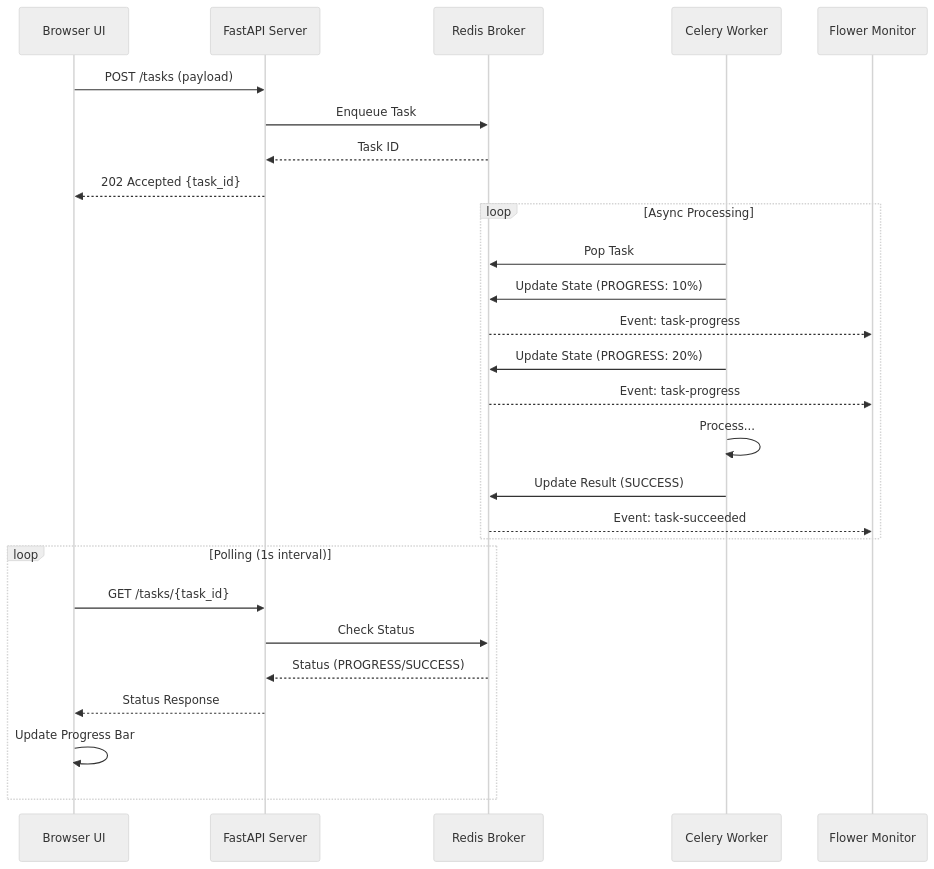
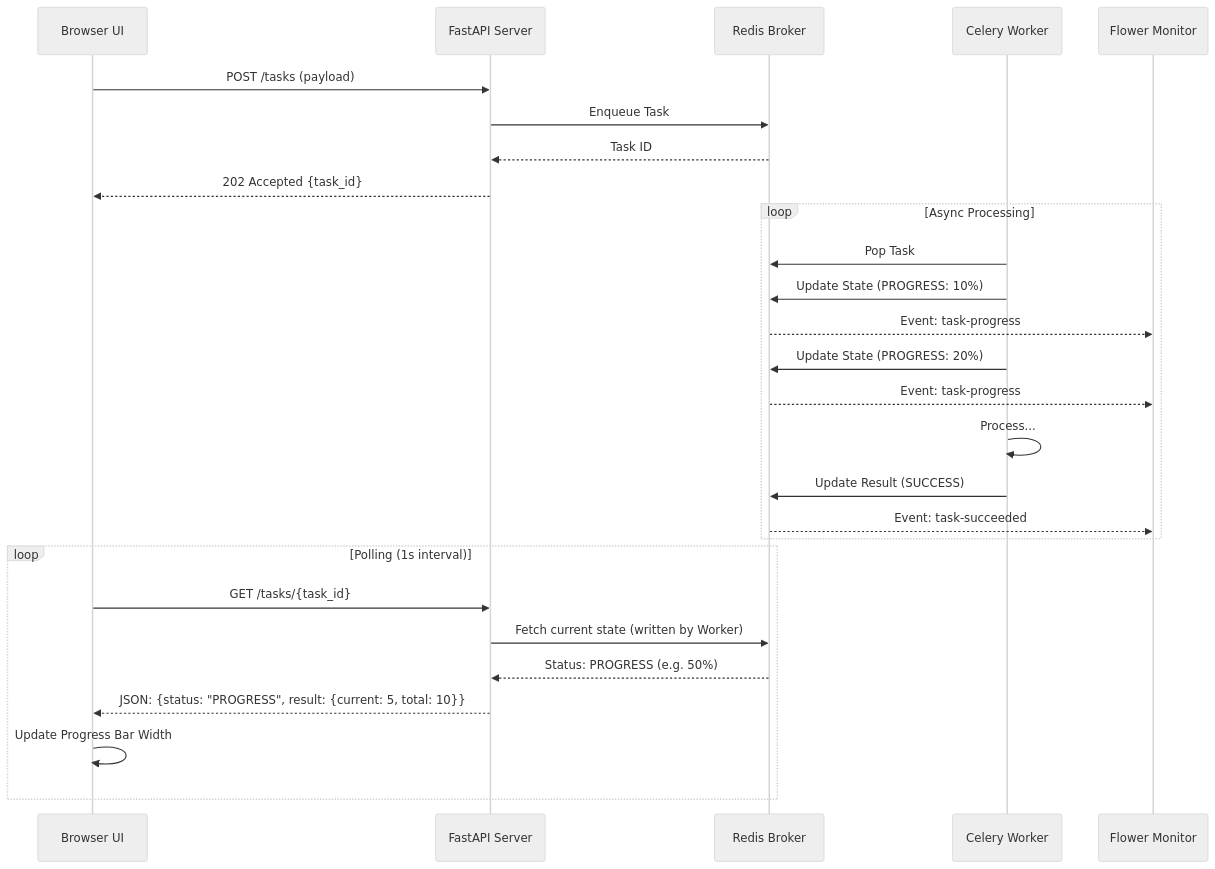
The diagram in docs/architecture.md (naveengarla/long-running-api-demo), drawn with Mermaid (neutral theme) before and after one commit. The commit also changed 4 other files, not shown here.

````diff
--- a/docs/architecture.md
+++ b/docs/architecture.md
@@ -16,32 +16,32 @@
 ```mermaid
 sequenceDiagram
     participant Client as Browser UI
     participant API as FastAPI Server
     participant Redis as Redis Broker
     participant Worker as Celery Worker
     participant Flower as Flower Monitor
 
     Client->>API: POST /tasks (payload)
     API->>Redis: Enqueue Task
     Redis-->>API: Task ID
     API-->>Client: 202 Accepted {task_id}
     
     loop Async Processing
         Worker->>Redis: Pop Task
         Worker->>Redis: Update State (PROGRESS: 10%)
         Redis-->>Flower: Event: task-progress
         Worker->>Redis: Update State (PROGRESS: 20%)
         Redis-->>Flower: Event: task-progress
         Worker->>Worker: Process...
         Worker->>Redis: Update Result (SUCCESS)
         Redis-->>Flower: Event: task-succeeded
     end
 
     loop Polling (1s interval)
         Client->>API: GET /tasks/{task_id}
-        API->>Redis: Check Status
-        Redis-->>API: Status (PROGRESS/SUCCESS)
-        API-->>Client: Status Response
-        Client->>Client: Update Progress Bar
+        API->>Redis: Fetch current state (written by Worker)
+        Redis-->>API: Status: PROGRESS (e.g. 50%)
+        API-->>Client: JSON: {status: "PROGRESS", result: {current: 5, total: 10}}
+        Client->>Client: Update Progress Bar Width
     end
 ```
````
